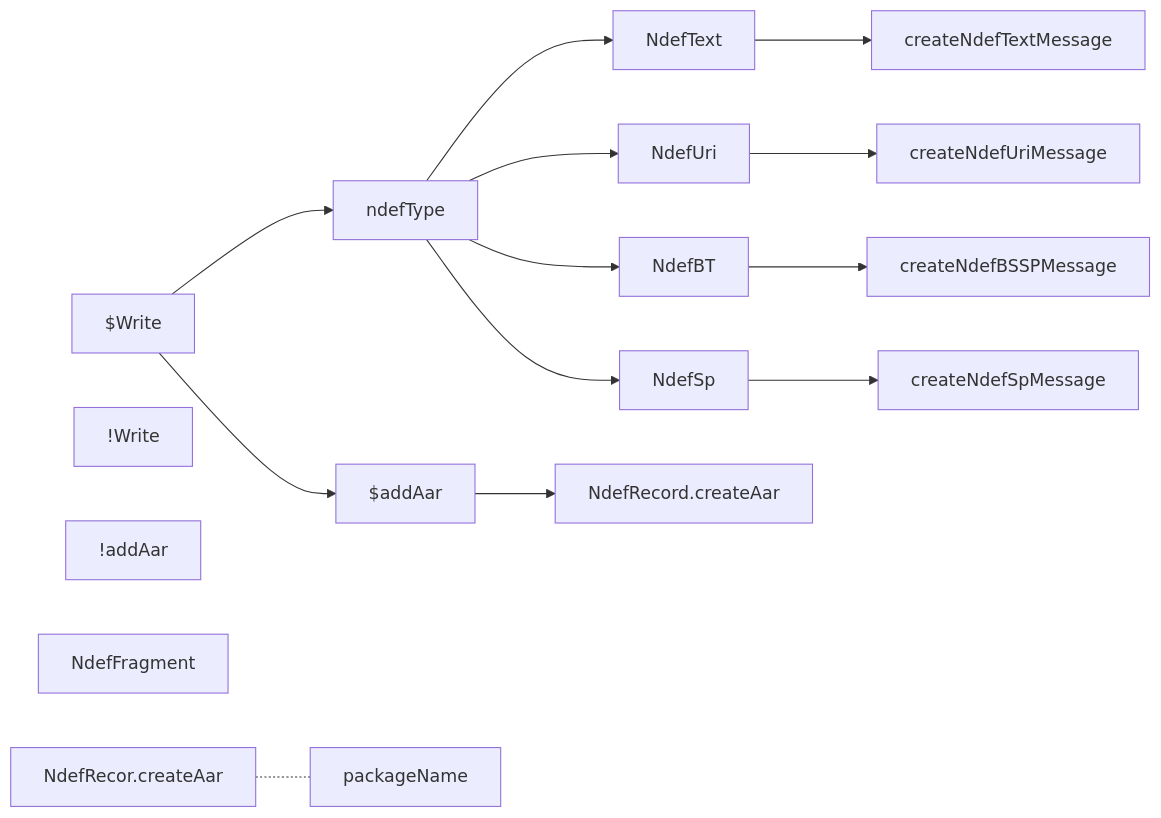
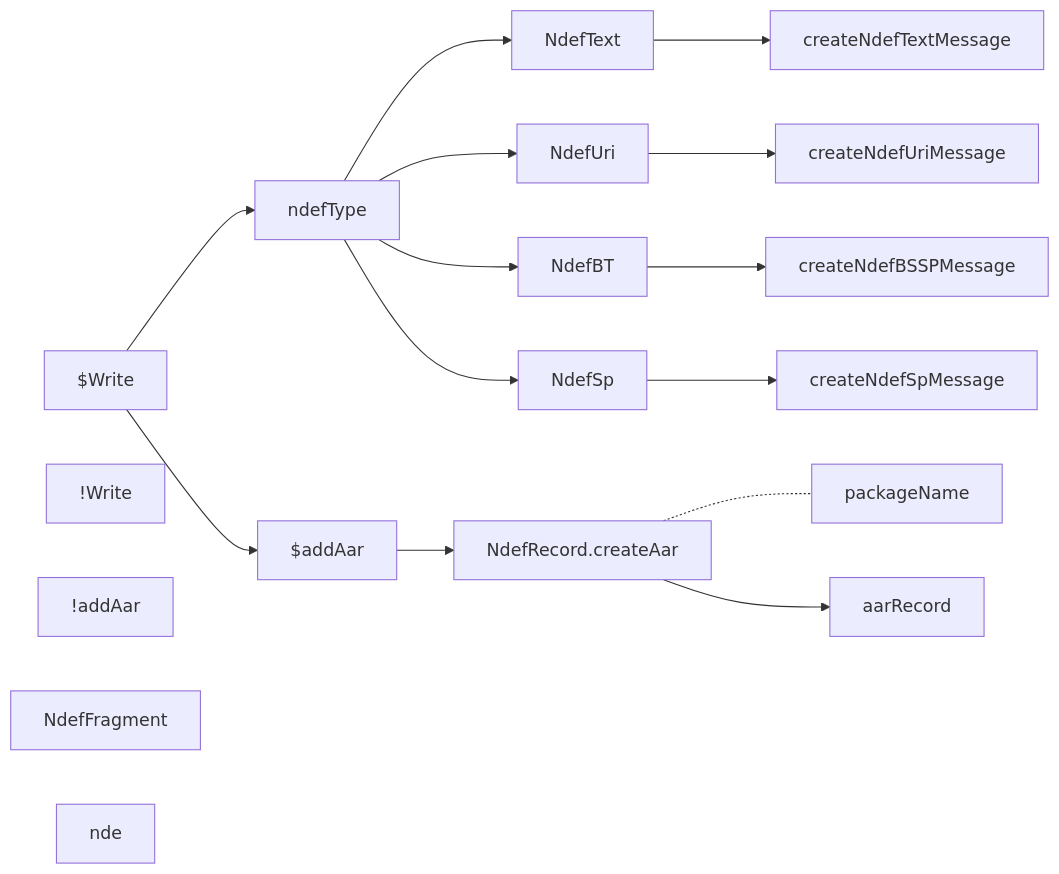
Before and after one commit to gordianknotC/nxp_note: the diagram in nxp/Demo.md, drawn with Mermaid. The commit also changed other lines of this file, not shown here.

Commit message:
nxp/Demo.md updated from https://stackedit.io/

````diff
--- a/nxp/Demo.md
+++ b/nxp/Demo.md
@@ -7,29 +7,32 @@
 ``` mermaid
 graph LR
 $Write
 !Write
 $addAar
 !addAar
 
 NdefFragment
 NdefText
 NdefUri
 NdefBT
 NdefSp
 ndefType
 
 $Write --> ndefType
 ndefType --> NdefText
 ndefType --> NdefUri
 ndefType --> NdefBT
 ndefType --> NdefSp
 NdefText --> createNdefTextMessage
 NdefUri --> createNdefUriMessage
 NdefBT --> createNdefBSSPMessage
 NdefSp --> createNdefSpMessage
 
 $Write --> $addAar
 $addAar --> NdefRecord.createAar
-NdefRecor.createAar -.- packageName
+NdefRecord.createAar -.- packageName
+NdefRecord.createAar --> aarRecord
+
+nde
 
 ```
````
